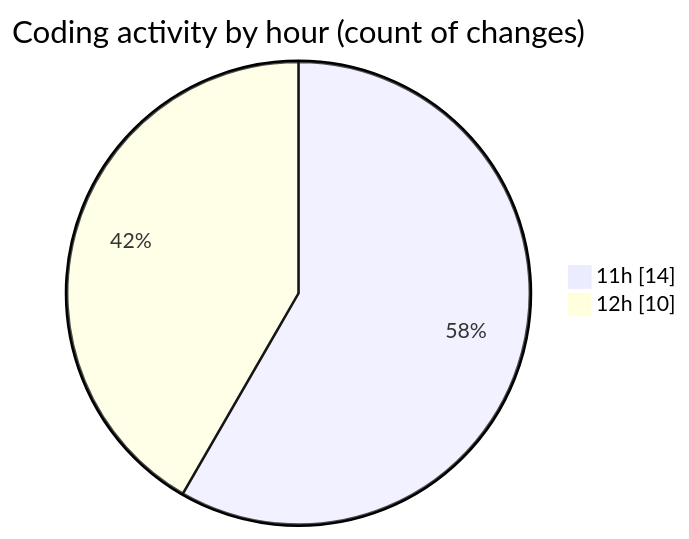
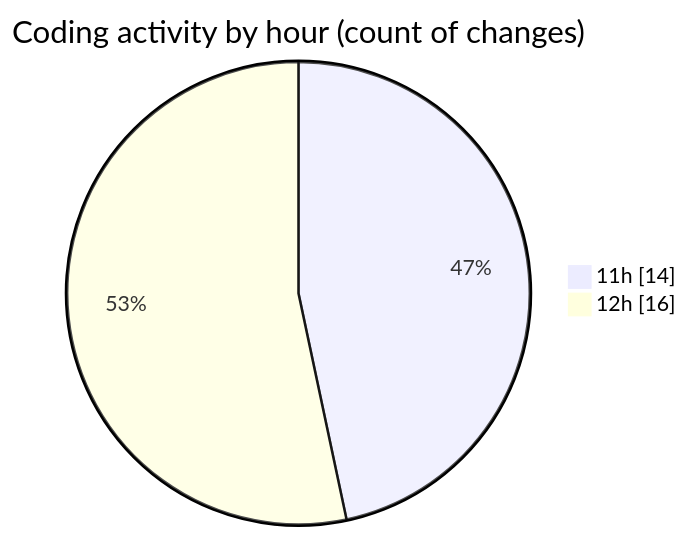
One commit to nxtqubesakshisongat/code-tracking changed the second of 2 diagrams in 2025-08-28/nxtqube_webapp/README.md. Above: the diagram before and after it, drawn with Mermaid. The commit also changed other lines of this file and 1 other file, not shown here.

````diff
--- a/2025-08-28/nxtqube_webapp/README.md
+++ b/2025-08-28/nxtqube_webapp/README.md
@@ -31,6 +32,6 @@
 ```mermaid
 pie showData
 title Coding activity by hour (count of changes)
 "11h" : 14
-"12h" : 10
+"12h" : 16
 ```
````
